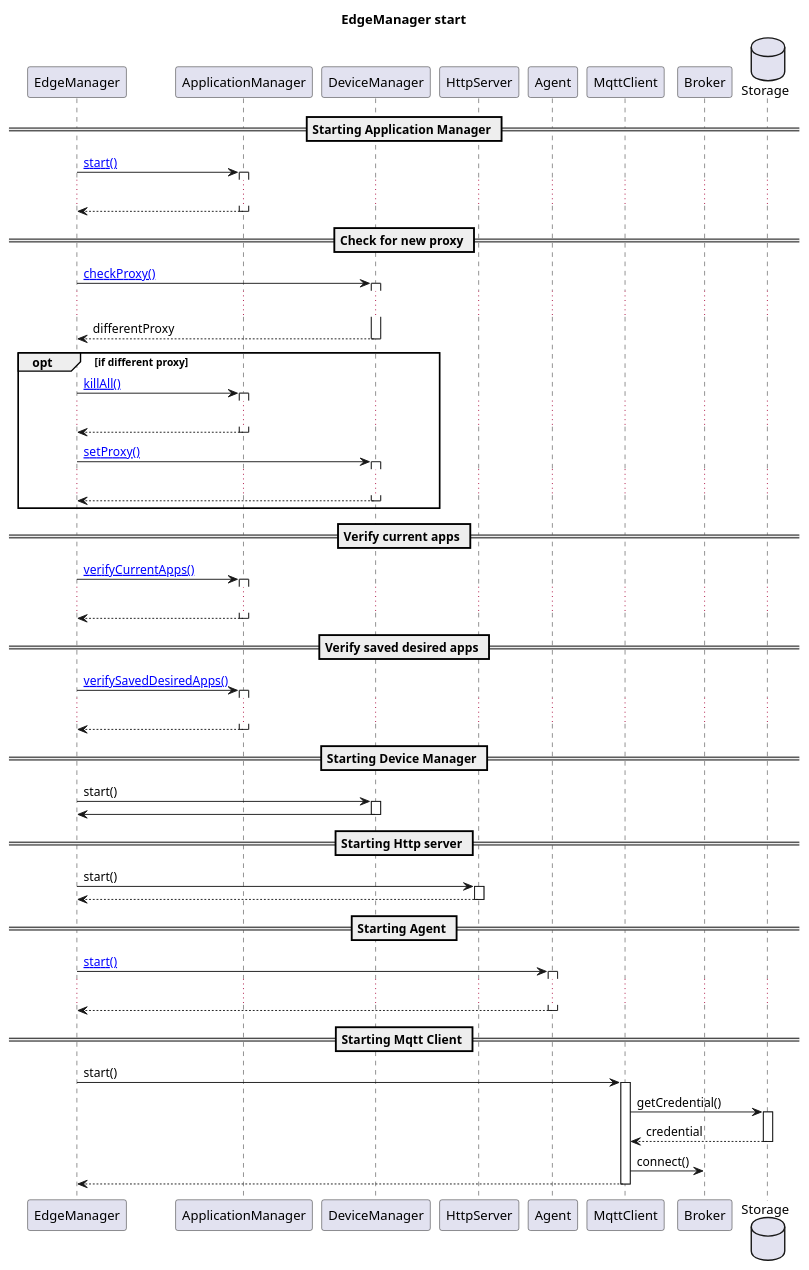
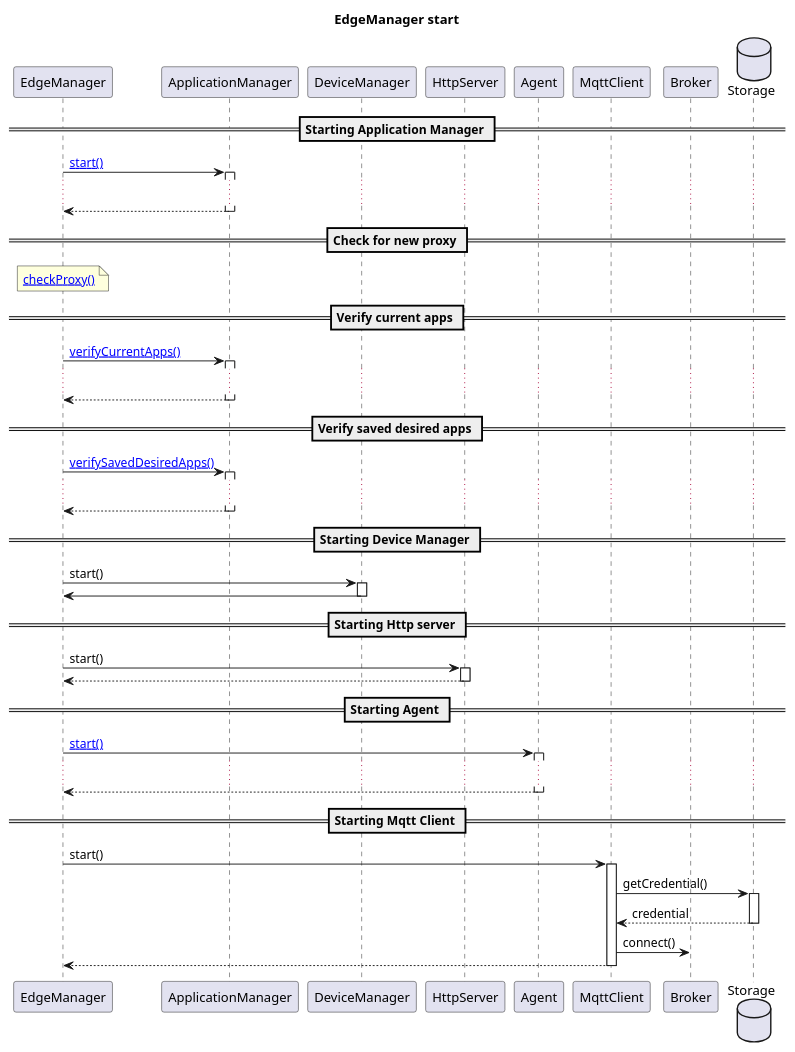
One commit to se-edge/framework-diagrams changed the diagram in EdgeManager/boot.puml. Above: the diagram before and after it, drawn with PlantUML. The commit also changed 3 other files, not shown here.

Commit message:
add setProxy use case

```diff
--- a/EdgeManager/boot.puml
+++ b/EdgeManager/boot.puml
@@ -1,69 +1,59 @@
 @startuml
 
 title "EdgeManager start"
 
 participant EdgeManager as EM
 participant ApplicationManager as AM
 participant DeviceManager as DM
 participant HttpServer as Http
 participant Agent as A
 participant MqttClient as Mqtt
 participant Broker as Broker
 database Storage as Stor
 
 == Starting Application Manager ==
 
 EM->AM ++: [[http://www.plantuml.com/plantuml/proxy?cache=no&src=https://raw.githubusercontent.com/se-edge/diagrams/develop/ApplicationManager/start.puml&fmt=svg start()]]
 ...
 AM-->EM --:
 
 == Check for new proxy ==
-EM->DM ++: [[http://www.plantuml.com/plantuml/proxy?cache=no&src=https://raw.githubusercontent.com/se-edge/diagrams/develop/DeviceManager/checkProxy.puml&fmt=svg checkProxy()]]
-...
-DM-->EM --: differentProxy
-opt if different proxy
-EM->AM ++: [[http://www.plantuml.com/plantuml/proxy?cache=no&src=https://raw.githubusercontent.com/se-edge/diagrams/develop/ApplicationManager/killAll.puml&fmt=svg killAll()]]
-...
-AM-->EM --:
-EM->DM ++: [[http://www.plantuml.com/plantuml/proxy?cache=no&src=https://raw.githubusercontent.com/se-edge/diagrams/develop/DeviceManager/setProxy.puml&fmt=svg setProxy()]]
-...
-DM-->EM --:
-end
+note over EM: [[http://www.plantuml.com/plantuml/proxy?cache=no&src=https://raw.githubusercontent.com/se-edge/diagrams/develop/EdgeManager/checkProxy.puml&fmt=svg checkProxy()]]
 
 == Verify current apps ==
 
 EM->AM ++: [[http://www.plantuml.com/plantuml/proxy?cache=no&src=https://raw.githubusercontent.com/se-edge/diagrams/develop/ApplicationManager/verifyCurrentApps.puml&fmt=svg verifyCurrentApps()]]
 ...
 AM-->EM --:
 
 == Verify saved desired apps ==
 
 EM->AM ++: [[http://www.plantuml.com/plantuml/proxy?cache=no&src=https://raw.githubusercontent.com/se-edge/diagrams/develop/ApplicationManager/verifySavedDesiredApps.puml&fmt=svg verifySavedDesiredApps()]]
 ...
 AM-->EM --:
 
 == Starting Device Manager ==
 
 EM->DM ++: start()
 DM->EM --:
 
 == Starting Http server ==
 
 EM->Http ++: start()
 Http-->EM --:
 
 == Starting Agent ==
 
 EM->A ++: [[http://www.plantuml.com/plantuml/proxy?cache=no&src=https://raw.githubusercontent.com/se-edge/diagrams/develop/Agent/start.puml&fmt=svg start()]]
 ...
 A-->EM --:
 
 == Starting Mqtt Client ==
 
 EM->Mqtt ++: start()
 Mqtt->Stor ++: getCredential()
 Stor-->Mqtt --: credential
 Mqtt->Broker: connect()
 Mqtt-->EM --:
 
 @enduml
```
